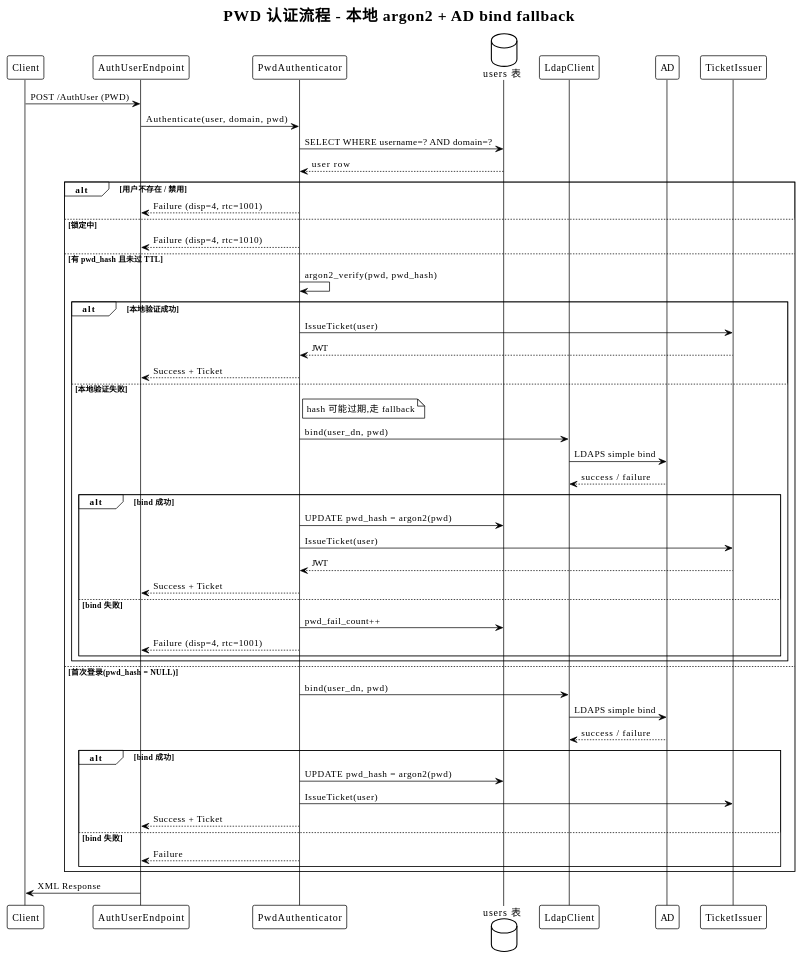
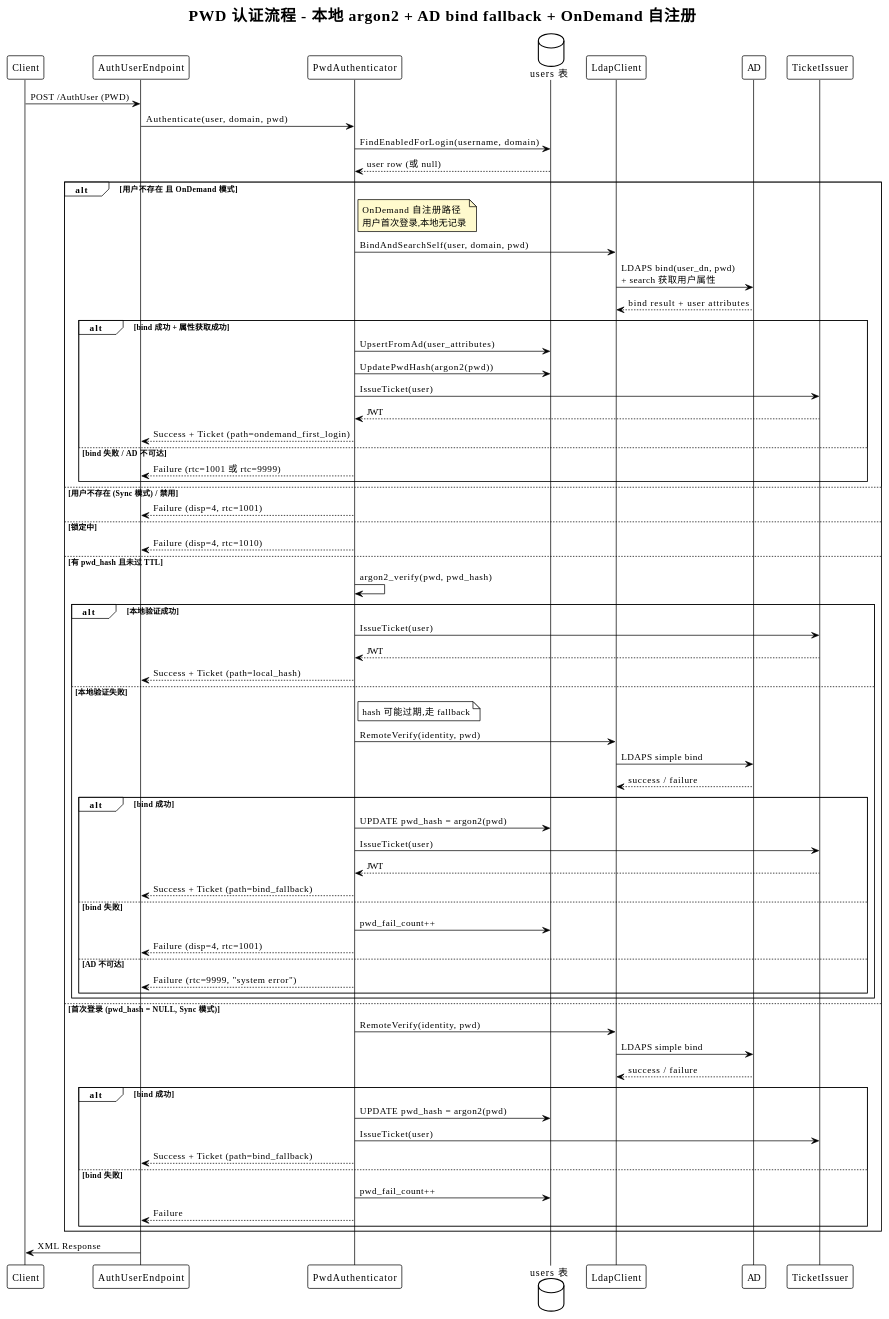
Before and after one commit to shamexln/ldap: the second of 4 diagrams in ImprivataProxy/designdoc/LDAP.md, drawn with PlantUML. The commit also changed other lines of this file and 61 other files, not shown here.

````diff
--- a/ImprivataProxy/designdoc/LDAP.md
+++ b/ImprivataProxy/designdoc/LDAP.md
@@ -258,64 +318,81 @@
 ```plantuml
 @startuml pwd-flow
 !theme plain
-title PWD 认证流程 - 本地 argon2 + AD bind fallback
+title PWD 认证流程 - 本地 argon2 + AD bind fallback + OnDemand 自注册
 
 skinparam backgroundColor white
 skinparam shadowing false
 
 participant "Client" as C
 participant "AuthUserEndpoint" as E
 participant "PwdAuthenticator" as A
 database "users 表" as DB
 participant "LdapClient" as L
 participant "AD" as AD
 participant "TicketIssuer" as T
 
 C -> E : POST /AuthUser (PWD)
 E -> A : Authenticate(user, domain, pwd)
 
-A -> DB : SELECT WHERE username=? AND domain=?
-DB --> A : user row
+A -> DB : FindEnabledForLogin(username, domain)
+DB --> A : user row (或 null)
 
-alt 用户不存在 / 禁用
+alt 用户不存在 且 OnDemand 模式
+  note right of A #FFFACD: OnDemand 自注册路径\n用户首次登录,本地无记录
+  A -> L : BindAndSearchSelf(user, domain, pwd)
+  L -> AD : LDAPS bind(user_dn, pwd)\n+ search 获取用户属性
+  AD --> L : bind result + user attributes
+  alt bind 成功 + 属性获取成功
+    A -> DB : UpsertFromAd(user_attributes)
+    A -> DB : UpdatePwdHash(argon2(pwd))
+    A -> T : IssueTicket(user)
+    T --> A : JWT
+    A --> E : Success + Ticket (path=ondemand_first_login)
+  else bind 失败 / AD 不可达
+    A --> E : Failure (rtc=1001 或 rtc=9999)
+  end
+else 用户不存在 (Sync 模式) / 禁用
   A --> E : Failure (disp=4, rtc=1001)
 else 锁定中
   A --> E : Failure (disp=4, rtc=1010)
 else 有 pwd_hash 且未过 TTL
   A -> A : argon2_verify(pwd, pwd_hash)
   alt 本地验证成功
     A -> T : IssueTicket(user)
     T --> A : JWT
-    A --> E : Success + Ticket
+    A --> E : Success + Ticket (path=local_hash)
   else 本地验证失败
     note right of A: hash 可能过期,走 fallback
-    A -> L : bind(user_dn, pwd)
+    A -> L : RemoteVerify(identity, pwd)
     L -> AD : LDAPS simple bind
     AD --> L : success / failure
     alt bind 成功
       A -> DB : UPDATE pwd_hash = argon2(pwd)
       A -> T : IssueTicket(user)
       T --> A : JWT
-      A --> E : Success + Ticket
+      A --> E : Success + Ticket (path=bind_fallback)
     else bind 失败
       A -> DB : pwd_fail_count++
       A --> E : Failure (disp=4, rtc=1001)
+    else AD 不可达
+      A --> E : Failure (rtc=9999, "system error")
     end
   end
-else 首次登录(pwd_hash = NULL)
-  A -> L : bind(user_dn, pwd)
+else 首次登录 (pwd_hash = NULL, Sync 模式)
+  A -> L : RemoteVerify(identity, pwd)
   L -> AD : LDAPS simple bind
   AD --> L : success / failure
   alt bind 成功
     A -> DB : UPDATE pwd_hash = argon2(pwd)
     A -> T : IssueTicket(user)
-    A --> E : Success + Ticket
+    A --> E : Success + Ticket (path=bind_fallback)
   else bind 失败
+    A -> DB : pwd_fail_count++
     A --> E : Failure
   end
 end
 
 E -> C : XML Response
 
 @enduml
 ```
````
